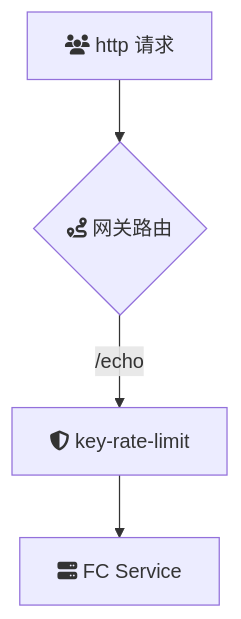
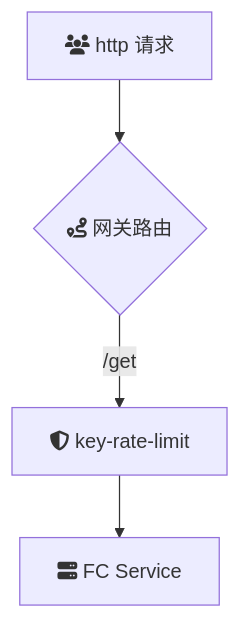
Before and after one commit to msa-group/start-apig: the diagram in key-rate-limit-plugin/README.md, drawn with Mermaid. The commit also changed other lines of this file and 2 other files, not shown here.

Commit message:
add: key-rate-limit

````diff
--- a/key-rate-limit-plugin/README.md
+++ b/key-rate-limit-plugin/README.md
@@ -28,6 +33,6 @@
 ```mermaid
 flowchart TB
 A[fa:fa-users http 请求] --> B{fa:fa-route 网关路由}
-	B -->|/echo| P1[fa:fa-shield-alt key-rate-limit]
+	B -->|/get| P1[fa:fa-shield-alt key-rate-limit]
 	P1 --> Backend[fa:fa-server FC Service]
 ```
````
